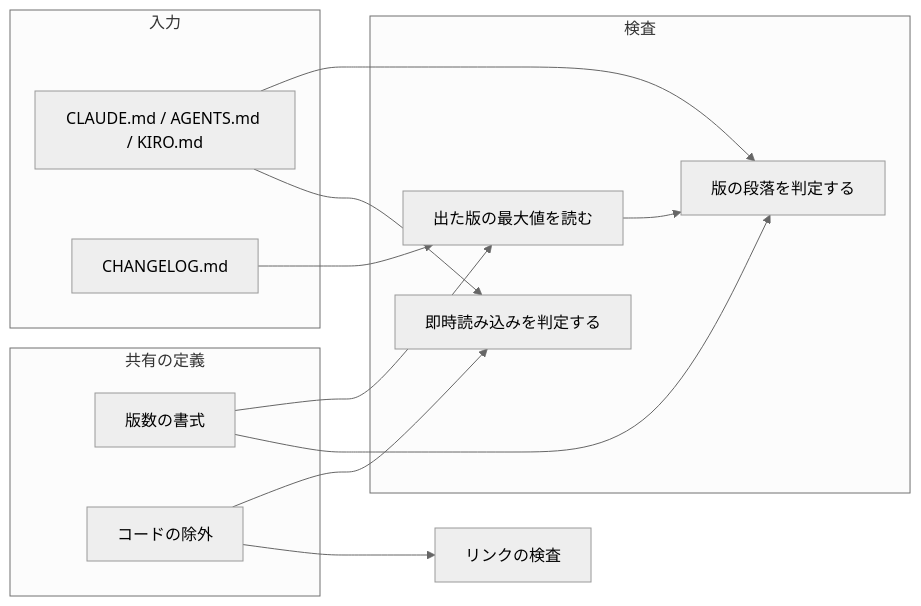
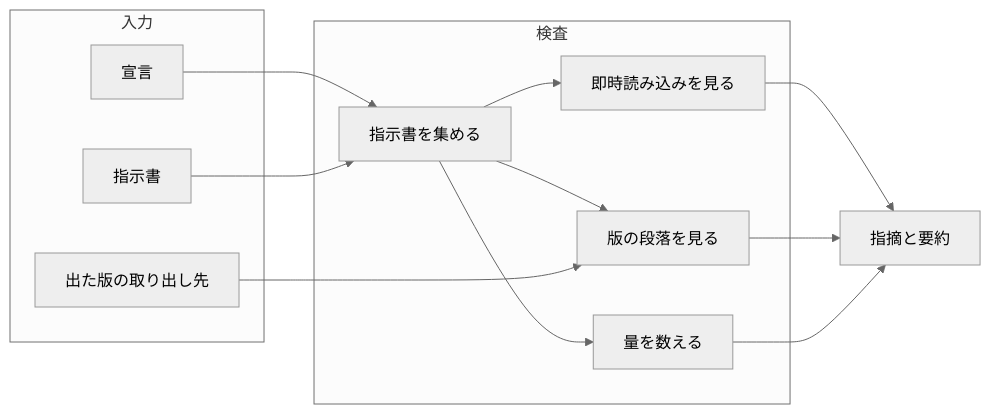
The second of 5 diagrams in issues/issue-554-design.md (devbasex/ai-plugins), drawn with Mermaid (neutral theme) before and after one commit. The commit also changed other lines of this file and 1 other file, not shown here.

````diff
--- a/issues/issue-554-design.md
+++ b/issues/issue-554-design.md
@@ -80,25 +68,24 @@
 ```mermaid
 graph LR
     subgraph 入力
-        CL[CLAUDE.md / AGENTS.md / KIRO.md]
-        CH[CHANGELOG.md]
-    end
-    subgraph 共有の定義
-        VP[版数の書式]
-        MC[コードの除外]
+        DECL[宣言]
+        FILES[指示書]
+        REL[出た版の取り出し先]
     end
     subgraph 検査
-        R[出た版の最大値を読む]
-        P[版の段落を判定する]
-        A[即時読み込みを判定する]
+        C[指示書を集める]
+        I[即時読み込みを見る]
+        V[版の段落を見る]
+        B[量を数える]
     end
-    LK[リンクの検査]
-    CH --> R
-    VP --> R
-    VP --> P
-    CL --> P
-    CL --> A
-    MC --> A
-    MC --> LK
-    R --> P
+    OUT[指摘と要約]
+    DECL --> C
+    FILES --> C
+    C --> I
+    C --> V
+    C --> B
+    REL --> V
+    I --> OUT
+    V --> OUT
+    B --> OUT
 ```
````
